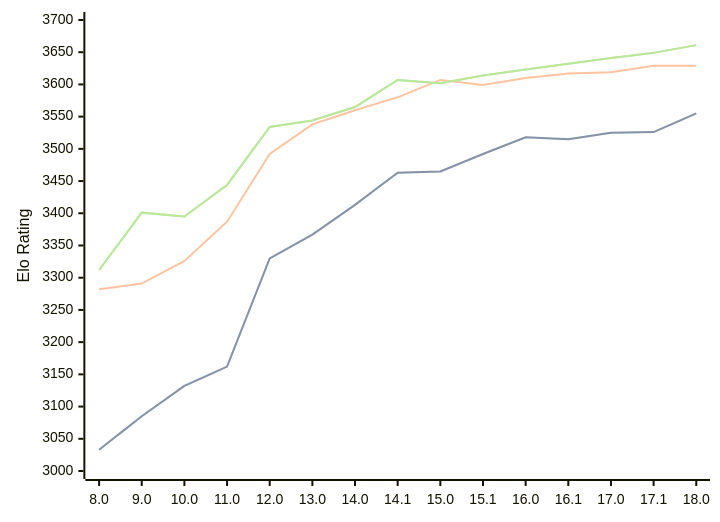
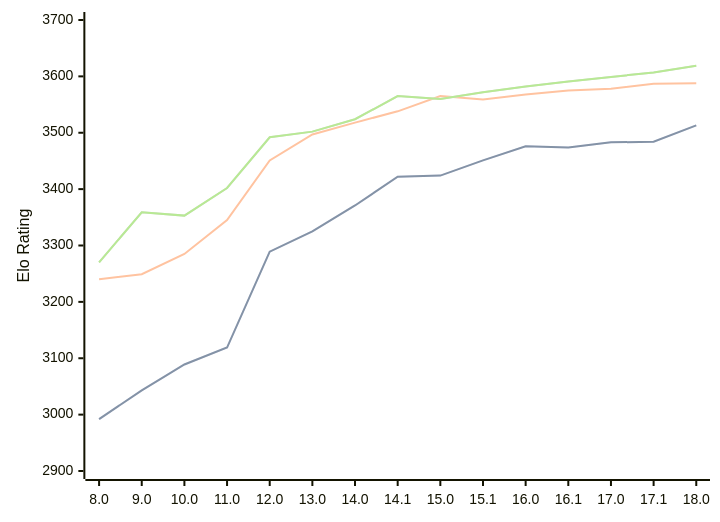
One commit to computer-chess-index/cci changed the diagram in engines/Stockfish.md. Above: the diagram before and after it, drawn with Mermaid. The commit also changed other lines of this file, not shown here.

Commit message:
Update CCI Ratings (ELO VLTC) - 2026-05-19

````diff
--- a/engines/Stockfish.md
+++ b/engines/Stockfish.md
@@ -46,11 +46,11 @@
 ```mermaid
 %%{init: {"theme":"base","themeVariables":{"seriesColors:['#a3a3a3','#222221','#faa371']}}}%%
 xychart-beta
   x-axis ["8.0", "9.0", "10.0", "11.0", "12.0", "13.0", "14.0", "14.1", "15.0", "15.1", "16.0", "16.1", "17.0", "17.1", "18.0"]
-  y-axis "Elo Rating" 3000 --> 3700
-  line "STC (8.0+0.08s)" [3033, 3085, 3132, 3162, 3330, 3367, 3413, 3463, 3465, 3492, 3518, 3515, 3525, 3526, 3555]
-  line "STC (8.0+0.08s)" [3033, 3085, 3132, 3162, 3330, 3367, 3413, 3463, 3465, 3492, 3518, 3515, 3525, 3526, 3555]
-  line "LTC (60.0+0.60s)" [3282, 3291, 3326, 3387, 3492, 3538, 3560, 3580, 3607, 3599, 3610, 3617, 3619, 3629, 3629]
-  line "VLTC (2m24s+1.12s)" [3312, 3401, 3395, 3444, 3534, 3544, 3565, 3607, 3602, 3614, 3623, 3632, 3641, 3649, 3661]
-  line "VLTC (2m24s+1.12s)" [3312, 3401, 3395, 3444, 3534, 3544, 3565, 3607, 3602, 3614, 3623, 3632, 3641, 3649, 3661]
+  y-axis "Elo Rating" 2900 --> 3700
+  line "STC (8.0+0.08s)" [2992, 3043, 3089, 3119, 3289, 3325, 3371, 3422, 3424, 3451, 3476, 3474, 3483, 3484, 3513]
+  line "STC (8.0+0.08s)" [2992, 3043, 3089, 3119, 3289, 3325, 3371, 3422, 3424, 3451, 3476, 3474, 3483, 3484, 3513]
+  line "LTC (60.0+0.60s)" [3240, 3249, 3285, 3345, 3451, 3497, 3518, 3538, 3565, 3559, 3568, 3575, 3578, 3587, 3588]
+  line "VLTC (2m24s+1.12s)" [3270, 3359, 3353, 3402, 3492, 3502, 3524, 3565, 3560, 3572, 3582, 3591, 3599, 3607, 3619]
+  line "VLTC (2m24s+1.12s)" [3270, 3359, 3353, 3402, 3492, 3502, 3524, 3565, 3560, 3572, 3582, 3591, 3599, 3607, 3619]
 ```
````
